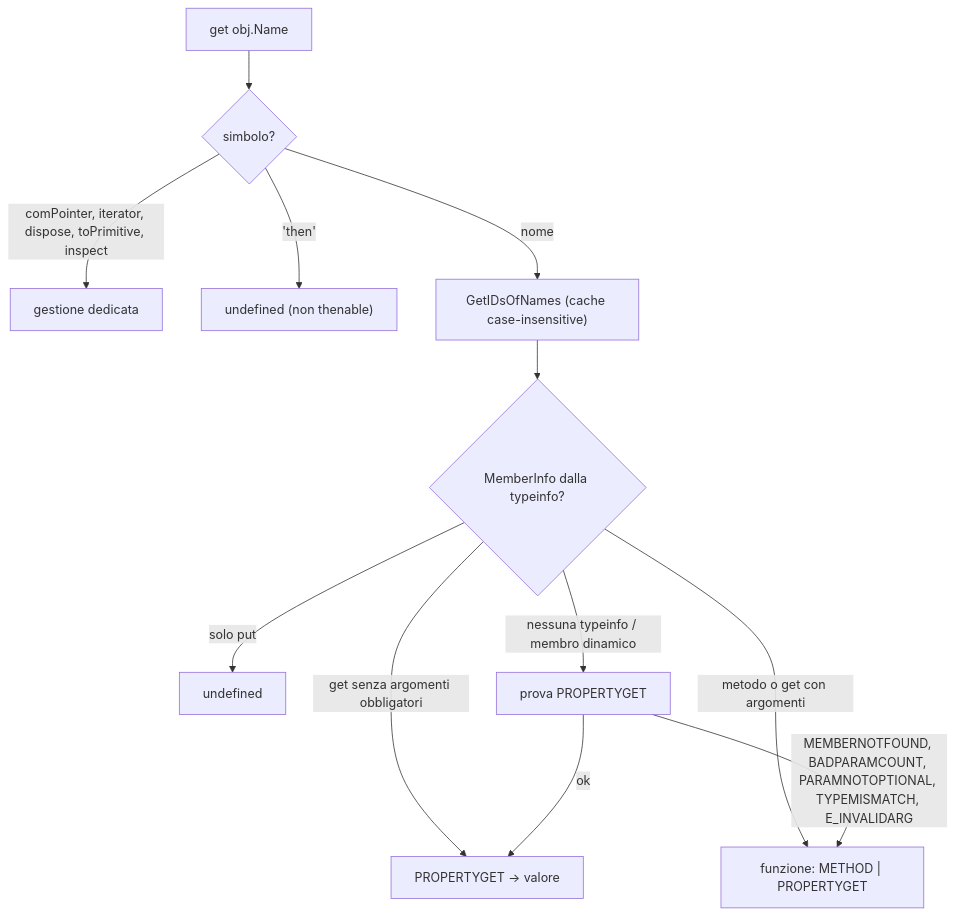
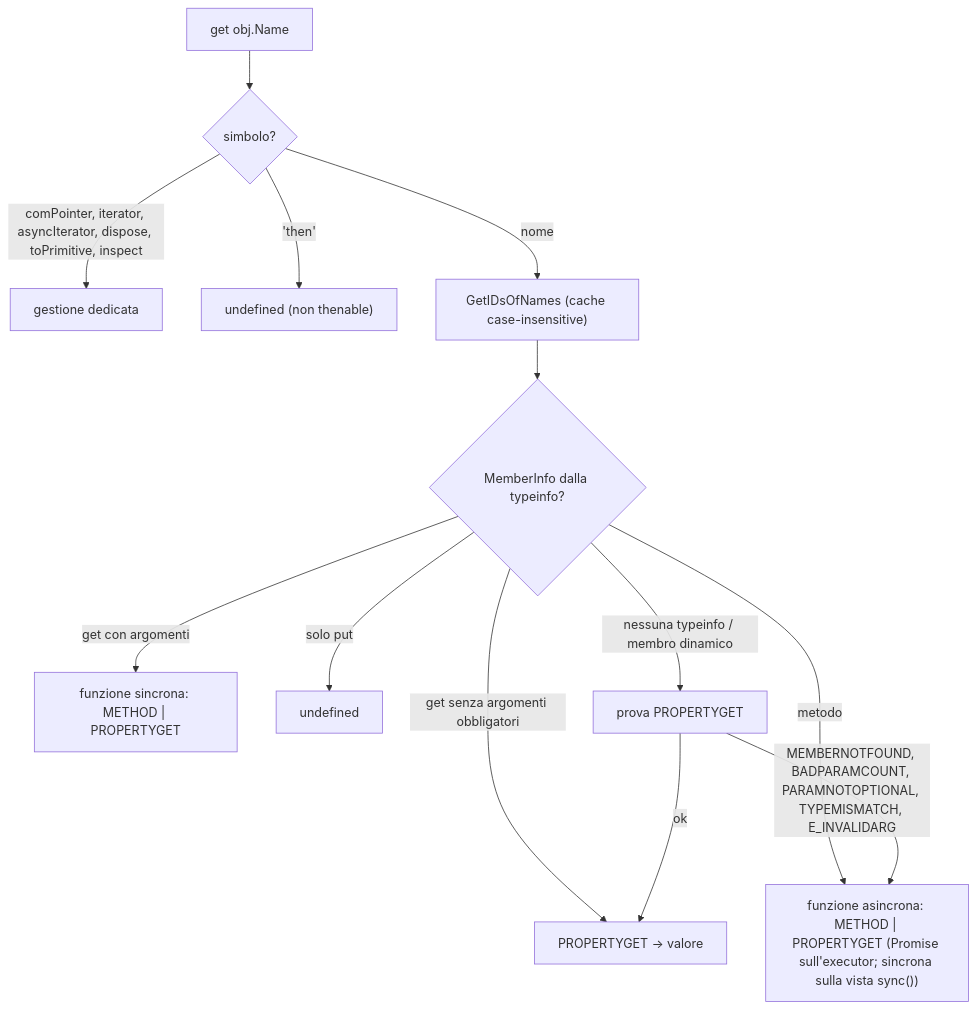
One commit to dmazzella/node-comtypes changed the eighth of 16 diagrams in FLOWS.md. Above: the diagram before and after it, drawn with Mermaid. The commit also changed other lines of this file, not shown here.

Commit message:
docs: align FLOWS.md with the asynchronous API

````diff
--- a/FLOWS.md
+++ b/FLOWS.md
@@ -324,14 +335,15 @@
 ```mermaid
 flowchart TD
     G["get obj.Name"] --> SYM{"simbolo?"}
-    SYM -->|"comPointer, iterator, dispose, toPrimitive, inspect"| SP["gestione dedicata"]
+    SYM -->|"comPointer, iterator, asyncIterator, dispose, toPrimitive, inspect"| SP["gestione dedicata"]
     SYM -->|"'then'"| UN["undefined (non thenable)"]
     SYM -->|nome| ID["GetIDsOfNames (cache case-insensitive)"]
     ID --> TI{"MemberInfo dalla typeinfo?"}
     TI -->|"get senza argomenti obbligatori"| PG["PROPERTYGET -> valore"]
-    TI -->|"metodo o get con argomenti"| MC["funzione: METHOD | PROPERTYGET"]
+    TI -->|"metodo"| MC["funzione asincrona: METHOD | PROPERTYGET (Promise sull'executor; sincrona sulla vista sync())"]
+    TI -->|"get con argomenti"| MS["funzione sincrona: METHOD | PROPERTYGET"]
     TI -->|"solo put"| UND["undefined"]
     TI -->|"nessuna typeinfo / membro dinamico"| TRY["prova PROPERTYGET"]
     TRY -->|"ok"| PG
     TRY -->|"MEMBERNOTFOUND, BADPARAMCOUNT, PARAMNOTOPTIONAL, TYPEMISMATCH, E_INVALIDARG"| MC
 ```
````
